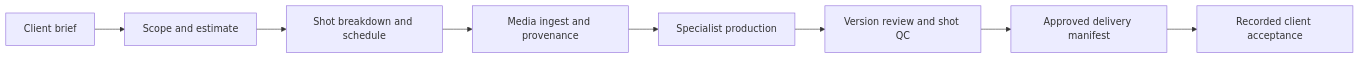
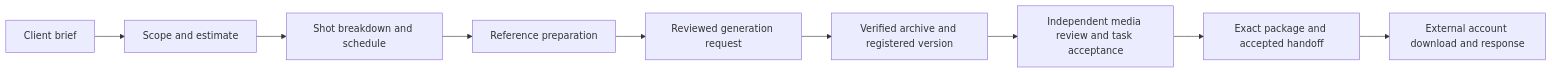
One commit to stratostormstudios/coatria changed the diagram in docs/STUDIO_OPERATOR_GUIDE.md. Above: the diagram before and after it, drawn with Mermaid. The commit also changed other lines of this file and 21 other files, not shown here.

Commit message:
Package the archive service with systemd qualification and database preflight

````diff
--- a/docs/STUDIO_OPERATOR_GUIDE.md
+++ b/docs/STUDIO_OPERATOR_GUIDE.md
@@ -45,10 +49,11 @@
 ```mermaid
 flowchart LR
   Brief[Client brief] --> Scope[Scope and estimate]
   Scope --> Plan[Shot breakdown and schedule]
-  Plan --> Ingest[Media ingest and provenance]
-  Ingest --> Work[Specialist production]
-  Work --> Review[Version review and shot QC]
-  Review --> Package[Approved delivery manifest]
-  Package --> Acceptance[Recorded client acceptance]
+  Plan --> References[Reference preparation]
+  References --> Work[Reviewed generation request]
+  Work --> Archive[Verified archive and registered version]
+  Archive --> Review[Independent media review and task acceptance]
+  Review --> Package[Exact package and accepted handoff]
+  Package --> Acceptance[External account download and response]
 ```
````
